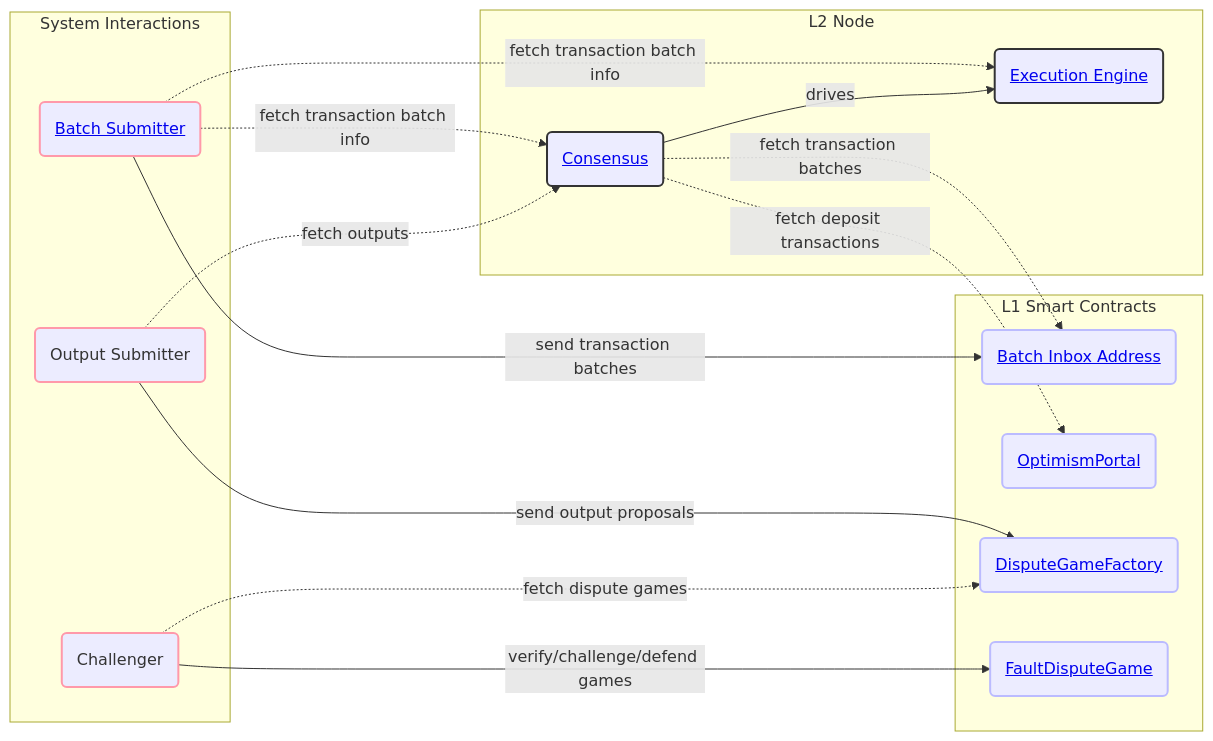
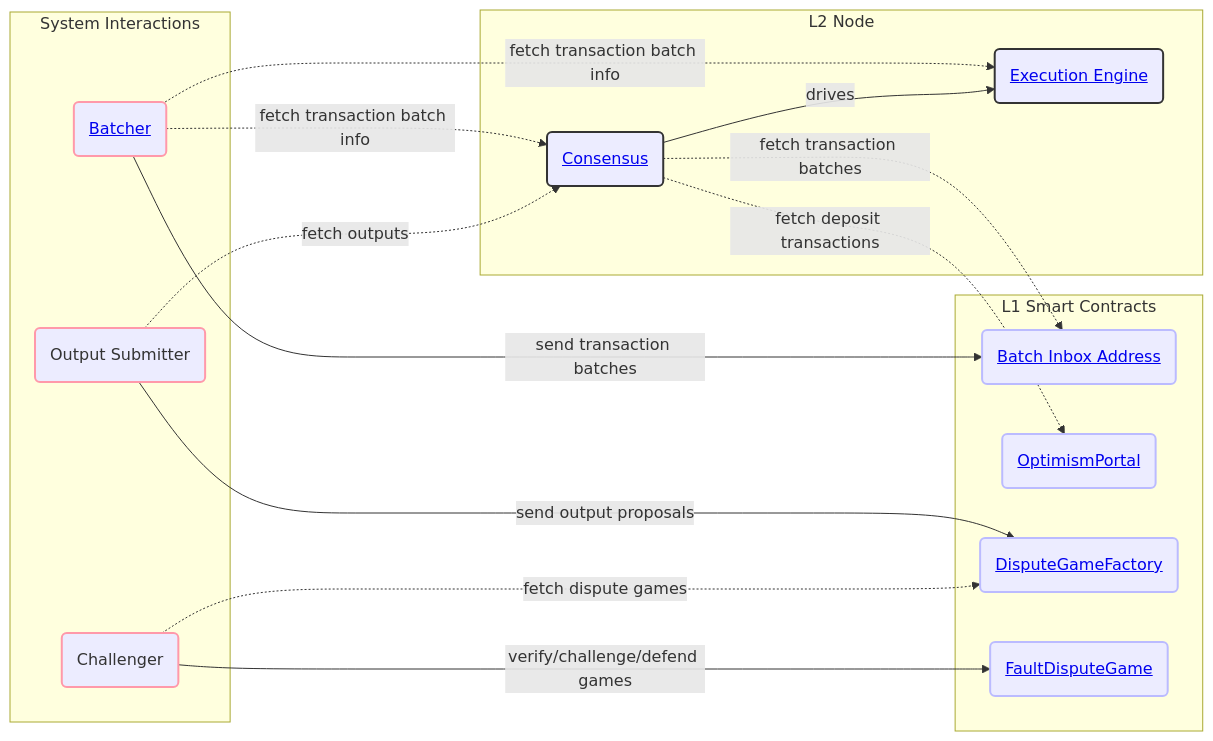
Before and after one commit to base/base: the seventh of 7 diagrams in docs/specs/pages/protocol/overview.md, drawn with Mermaid. The commit also changed other lines of this file and 42 other files, not shown here.

````diff
--- a/docs/specs/pages/protocol/overview.md
+++ b/docs/specs/pages/protocol/overview.md
@@ -409,42 +409,42 @@
 ```mermaid
 graph LR
     subgraph "L2 Node"
         RollupNode(<a href="./consensus/">Consensus</a>)
-        ExecutionEngine(<a href="./exec-engine.html">Execution Engine</a>)
+        ExecutionEngine(<a href="./execution/">Execution Engine</a>)
     end
 
     subgraph "System Interactions"
-        BatchSubmitter(<a href="./batcher.html">Batch Submitter</a>)
+        BatchSubmitter(<a href="./batcher.html">Batcher</a>)
         OutputSubmitter(Output Submitter)
         Challenger(Challenger)
     end
 
     subgraph "L1 Smart Contracts"
         BatchDataEOA(<a href="../reference/glossary.html#batcher-transaction">Batch Inbox Address</a>)
         OptimismPortal(<a href="./withdrawals.html#the-optimism-portal-contract">OptimismPortal</a>)
         DisputeGameFactory(<a href="./fault-proof/stage-one/dispute-game-interface.html#disputegamefactory-interface">DisputeGameFactory</a>)
         FaultDisputeGame(<a href="./fault-proof/stage-one/fault-dispute-game.html">FaultDisputeGame</a>)
     end
 
     BatchSubmitter -.->|fetch transaction batch info| RollupNode
     BatchSubmitter -.->|fetch transaction batch info| ExecutionEngine
     BatchSubmitter -->|send transaction batches| BatchDataEOA
 
     RollupNode -.->|fetch transaction batches| BatchDataEOA
     RollupNode -.->|fetch deposit transactions| OptimismPortal
     RollupNode -->|drives| ExecutionEngine
 
     OutputSubmitter -.->|fetch outputs| RollupNode
     OutputSubmitter -->|send output proposals| DisputeGameFactory
 
     Challenger -.->|fetch dispute games| DisputeGameFactory
     Challenger -->|verify/challenge/defend games| FaultDisputeGame
 
     classDef l2Components stroke:#333,stroke-width:2px;
     classDef systemUser stroke:#f9a,stroke-width:2px;
     classDef l1Contracts stroke:#bbf,stroke-width:2px;
 
     class RollupNode,ExecutionEngine l2Components;
     class BatchSubmitter,OutputSubmitter,Challenger systemUser;
     class BatchDataEOA,OptimismPortal,DisputeGameFactory,FaultDisputeGame l1Contracts;
 ```
````
